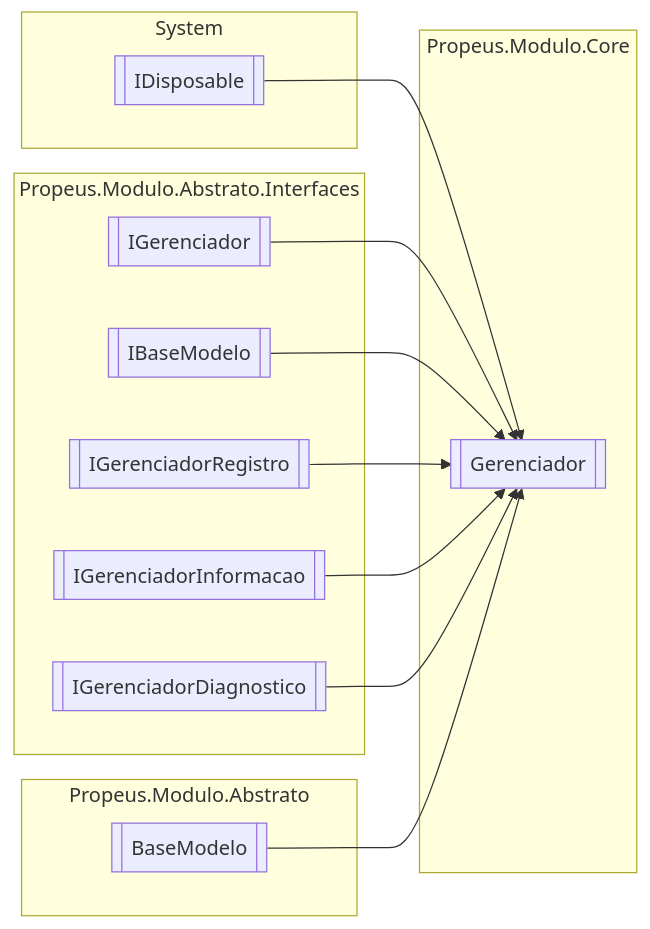
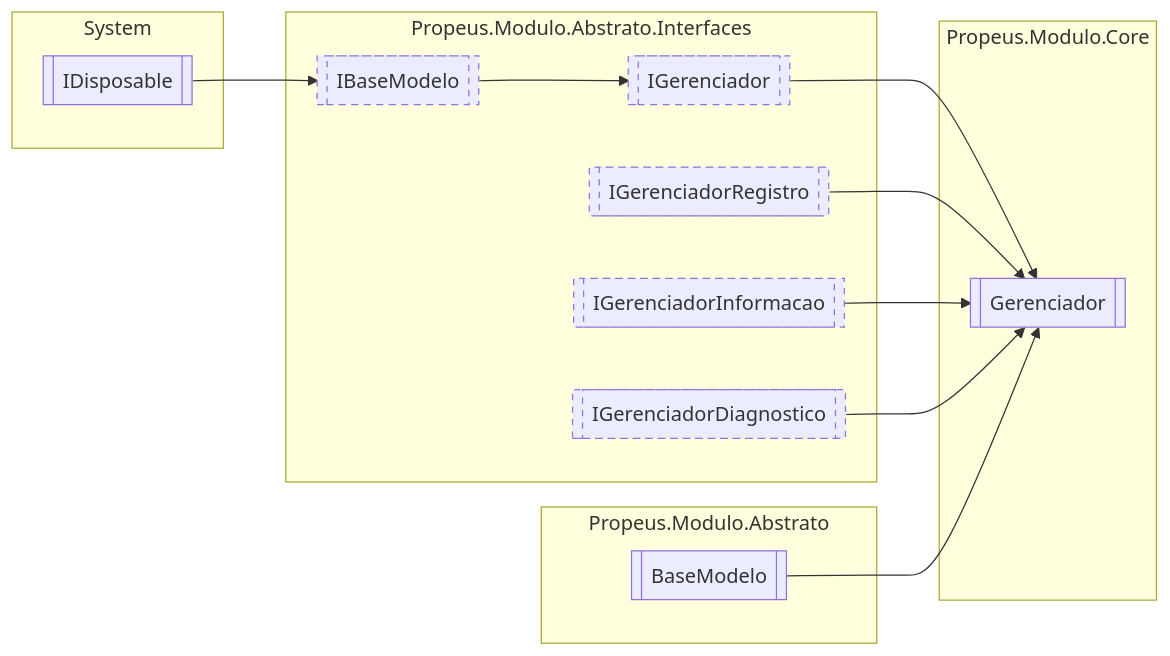
Before and after one commit to Propeus/Modulo: the diagram in docs/ModularDoc/propeusmodulocore-Gerenciador.md, drawn with Mermaid. The commit also changed other lines of this file and 105 other files, not shown here.

````diff
--- a/docs/ModularDoc/propeusmodulocore-Gerenciador.md
+++ b/docs/ModularDoc/propeusmodulocore-Gerenciador.md
@@ -7,28 +7,33 @@
 ```mermaid
   flowchart LR
   classDef interfaceStyle stroke-dasharray: 5 5;
   classDef abstractStyle stroke-width:4px
   subgraph Propeus.Modulo.Core
   Propeus.Modulo.Core.Gerenciador[[Gerenciador]]
   end
   subgraph Propeus.Modulo.Abstrato.Interfaces
-Propeus.Modulo.Abstrato.Interfaces.IGerenciador[[IGerenciador]]
-Propeus.Modulo.Abstrato.Interfaces.IBaseModelo[[IBaseModelo]]
-Propeus.Modulo.Abstrato.Interfaces.IGerenciadorRegistro[[IGerenciadorRegistro]]
-Propeus.Modulo.Abstrato.Interfaces.IGerenciadorInformacao[[IGerenciadorInformacao]]
-Propeus.Modulo.Abstrato.Interfaces.IGerenciadorDiagnostico[[IGerenciadorDiagnostico]]
+  Propeus.Modulo.Abstrato.Interfaces.IGerenciador[[IGerenciador]]
+  class Propeus.Modulo.Abstrato.Interfaces.IGerenciador interfaceStyle;
+  Propeus.Modulo.Abstrato.Interfaces.IBaseModelo[[IBaseModelo]]
+  class Propeus.Modulo.Abstrato.Interfaces.IBaseModelo interfaceStyle;
+  Propeus.Modulo.Abstrato.Interfaces.IGerenciadorRegistro[[IGerenciadorRegistro]]
+  class Propeus.Modulo.Abstrato.Interfaces.IGerenciadorRegistro interfaceStyle;
+  Propeus.Modulo.Abstrato.Interfaces.IGerenciadorInformacao[[IGerenciadorInformacao]]
+  class Propeus.Modulo.Abstrato.Interfaces.IGerenciadorInformacao interfaceStyle;
+  Propeus.Modulo.Abstrato.Interfaces.IGerenciadorDiagnostico[[IGerenciadorDiagnostico]]
+  class Propeus.Modulo.Abstrato.Interfaces.IGerenciadorDiagnostico interfaceStyle;
   end
   subgraph System
 System.IDisposable[[IDisposable]]
   end
   subgraph Propeus.Modulo.Abstrato
-Propeus.Modulo.Abstrato.BaseModelo[[BaseModelo]]
+  Propeus.Modulo.Abstrato.BaseModelo[[BaseModelo]]
   end
 Propeus.Modulo.Abstrato.Interfaces.IGerenciador --> Propeus.Modulo.Core.Gerenciador
-Propeus.Modulo.Abstrato.Interfaces.IBaseModelo --> Propeus.Modulo.Core.Gerenciador
-System.IDisposable --> Propeus.Modulo.Core.Gerenciador
+Propeus.Modulo.Abstrato.Interfaces.IBaseModelo --> Propeus.Modulo.Abstrato.Interfaces.IGerenciador
+System.IDisposable --> Propeus.Modulo.Abstrato.Interfaces.IBaseModelo
 Propeus.Modulo.Abstrato.Interfaces.IGerenciadorRegistro --> Propeus.Modulo.Core.Gerenciador
 Propeus.Modulo.Abstrato.Interfaces.IGerenciadorInformacao --> Propeus.Modulo.Core.Gerenciador
 Propeus.Modulo.Abstrato.Interfaces.IGerenciadorDiagnostico --> Propeus.Modulo.Core.Gerenciador
 Propeus.Modulo.Abstrato.BaseModelo --> Propeus.Modulo.Core.Gerenciador
 ```
````
